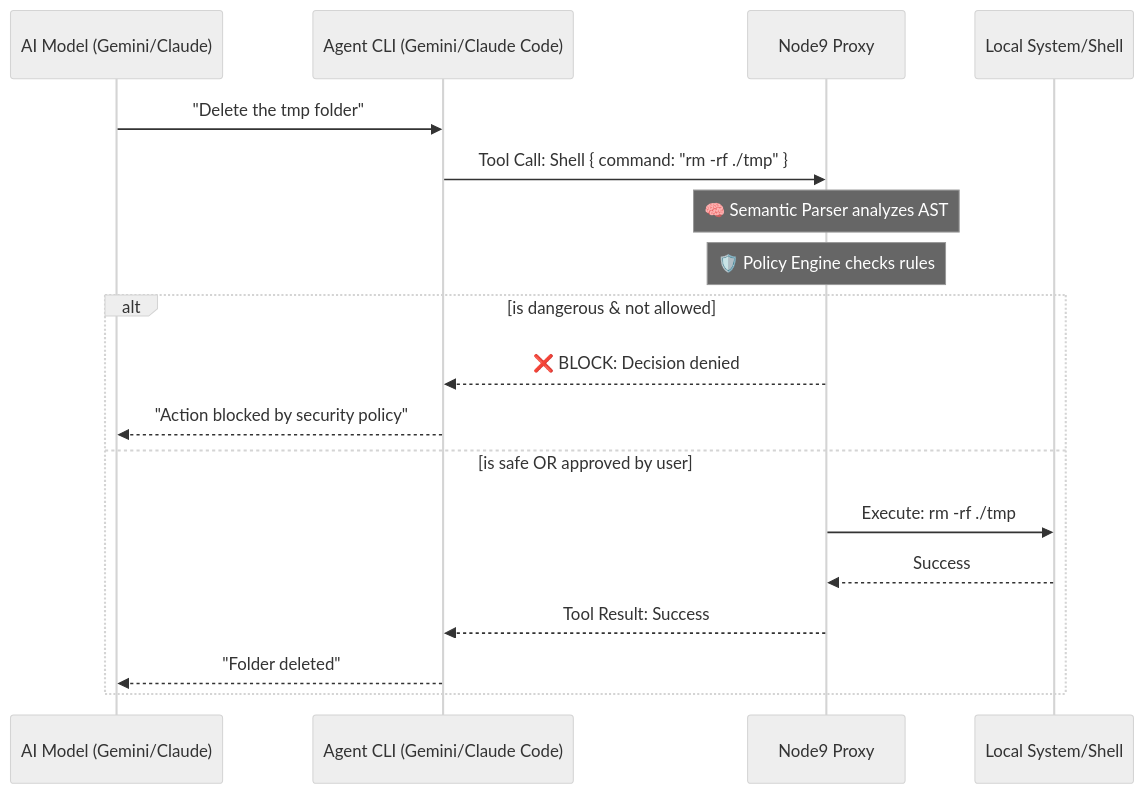
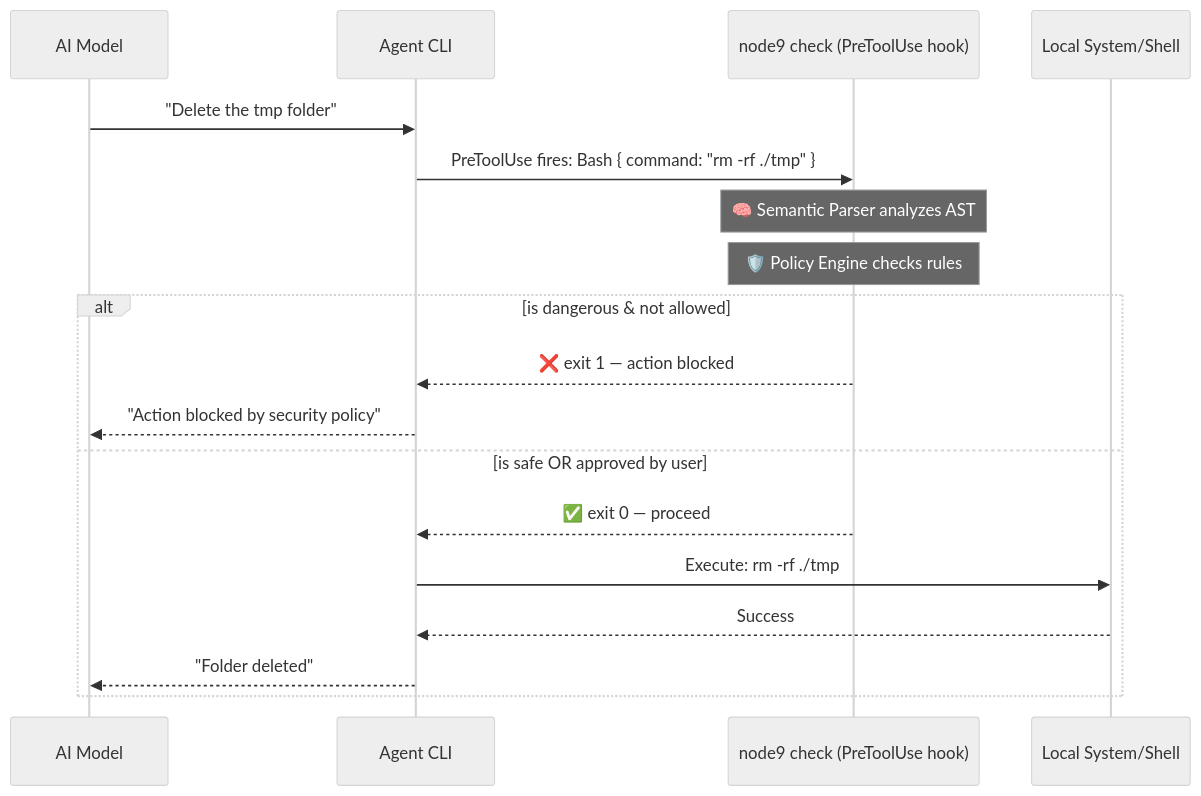
Before and after one commit to node9-ai/node9-proxy: the first of 2 diagrams in README.md, drawn with Mermaid (neutral theme). The commit also changed other lines of this file and 18 other files, not shown here.

````diff
--- a/README.md
+++ b/README.md
@@ -14,23 +28,23 @@
 ```mermaid
 sequenceDiagram
-    participant LLM as AI Model (Gemini/Claude)
-    participant Agent as Agent CLI (Gemini/Claude Code)
-    participant Node9 as Node9 Proxy
+    participant LLM as AI Model
+    participant Agent as Agent CLI
+    participant Hook as node9 check (PreToolUse hook)
     participant OS as Local System/Shell
 
     LLM->>Agent: "Delete the tmp folder"
-    Agent->>Node9: Tool Call: Shell { command: "rm -rf ./tmp" }
+    Agent->>Hook: PreToolUse fires: Bash { command: "rm -rf ./tmp" }
 
-    Note over Node9: 🧠 Semantic Parser analyzes AST
-    Note over Node9: 🛡️ Policy Engine checks rules
+    Note over Hook: 🧠 Semantic Parser analyzes AST
+    Note over Hook: 🛡️ Policy Engine checks rules
 
     alt is dangerous & not allowed
-        Node9-->>Agent: ❌ BLOCK: Decision denied
+        Hook-->>Agent: ❌ exit 1 — action blocked
         Agent-->>LLM: "Action blocked by security policy"
     else is safe OR approved by user
-        Node9->>OS: Execute: rm -rf ./tmp
-        OS-->>Node9: Success
-        Node9-->>Agent: Tool Result: Success
+        Hook-->>Agent: ✅ exit 0 — proceed
+        Agent->>OS: Execute: rm -rf ./tmp
+        OS-->>Agent: Success
         Agent-->>LLM: "Folder deleted"
     end
 ```
````
